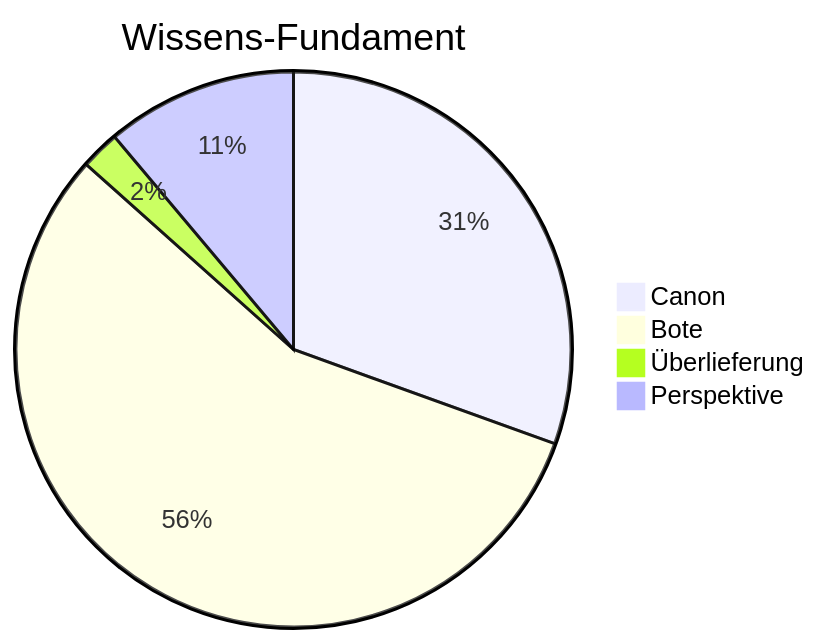
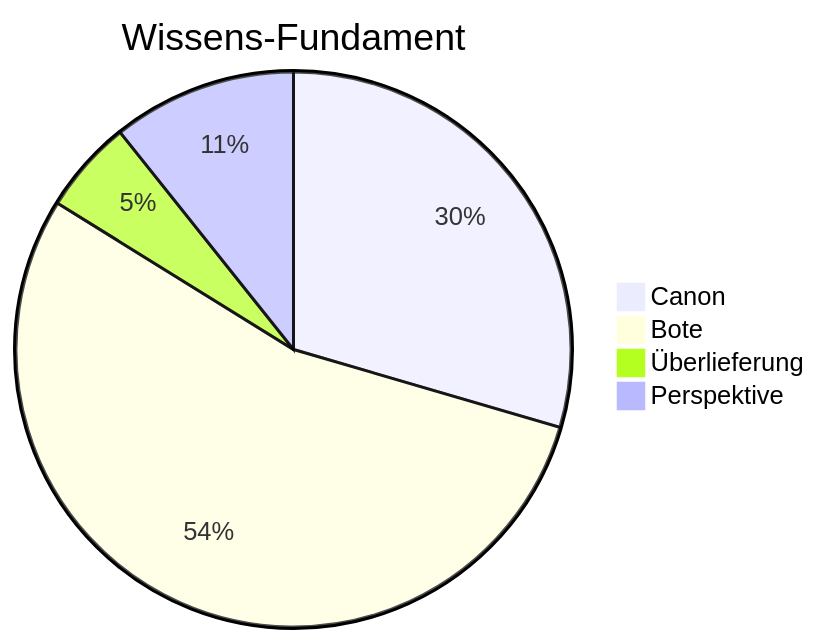
The third of 4 diagrams in Siebenwind_Wiki/10_Archiv/Wiki_Statistiken.md (Siebenwind/7w_wiki), drawn with Mermaid before and after one commit. The commit also changed other lines of this file and 121 other files, not shown here.

````diff
--- a/Siebenwind_Wiki/10_Archiv/Wiki_Statistiken.md
+++ b/Siebenwind_Wiki/10_Archiv/Wiki_Statistiken.md
@@ -45,7 +45,7 @@
 ```mermaid
 pie title Wissens-Fundament
-    "Canon" : 551
-    "Bote" : 1013
-    "Überlieferung" : 41
-    "Perspektive" : 201
+    "Canon" : 548
+    "Bote" : 1008
+    "Überlieferung" : 101
+    "Perspektive" : 199
 ```
````
